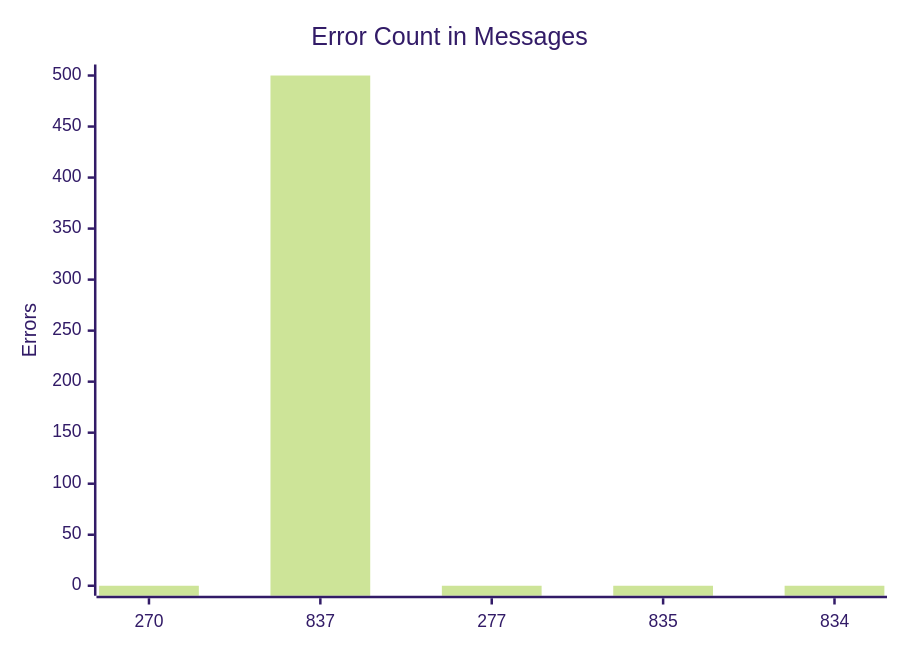
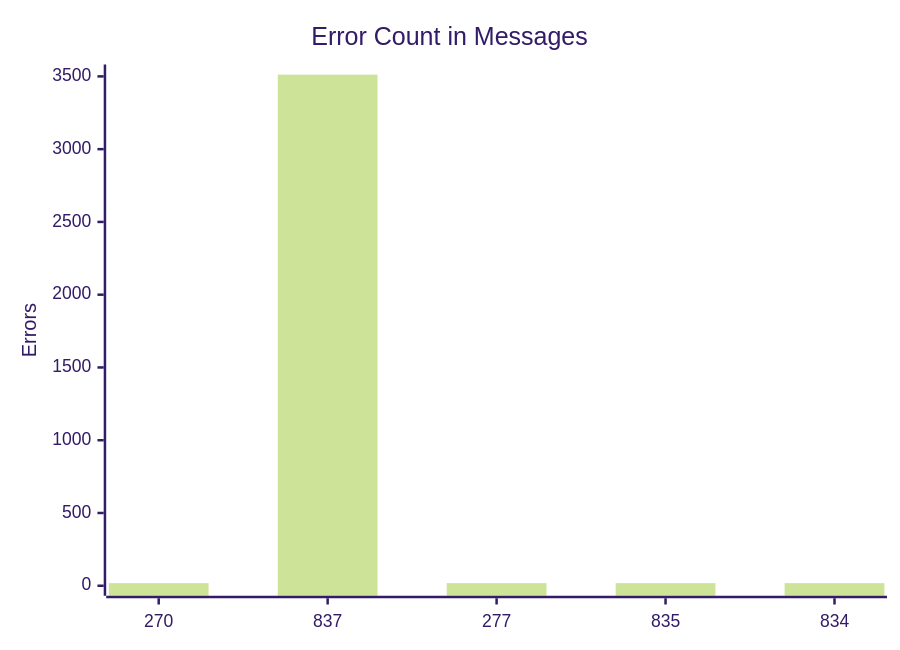
Before and after one commit to dhagan-va/intern-2025: the third of 10 diagrams in test-tools/DataGen/src/Statistics_Visualizer.md, drawn with Mermaid (forest theme). The commit also changed other lines of this file, not shown here.

````diff
--- a/test-tools/DataGen/src/Statistics_Visualizer.md
+++ b/test-tools/DataGen/src/Statistics_Visualizer.md
@@ -40,7 +40,7 @@
 ```mermaid
 xychart-beta
     title "Error Count in Messages"
     x-axis ["270", "837", "277", "835", "834"]
-    y-axis "Errors" 0 --> 501
-    bar [0, 500, 0, 0, 0]
+    y-axis "Errors" 0 --> 3513
+    bar [18, 3512, 18, 18, 18]
 ```
````
